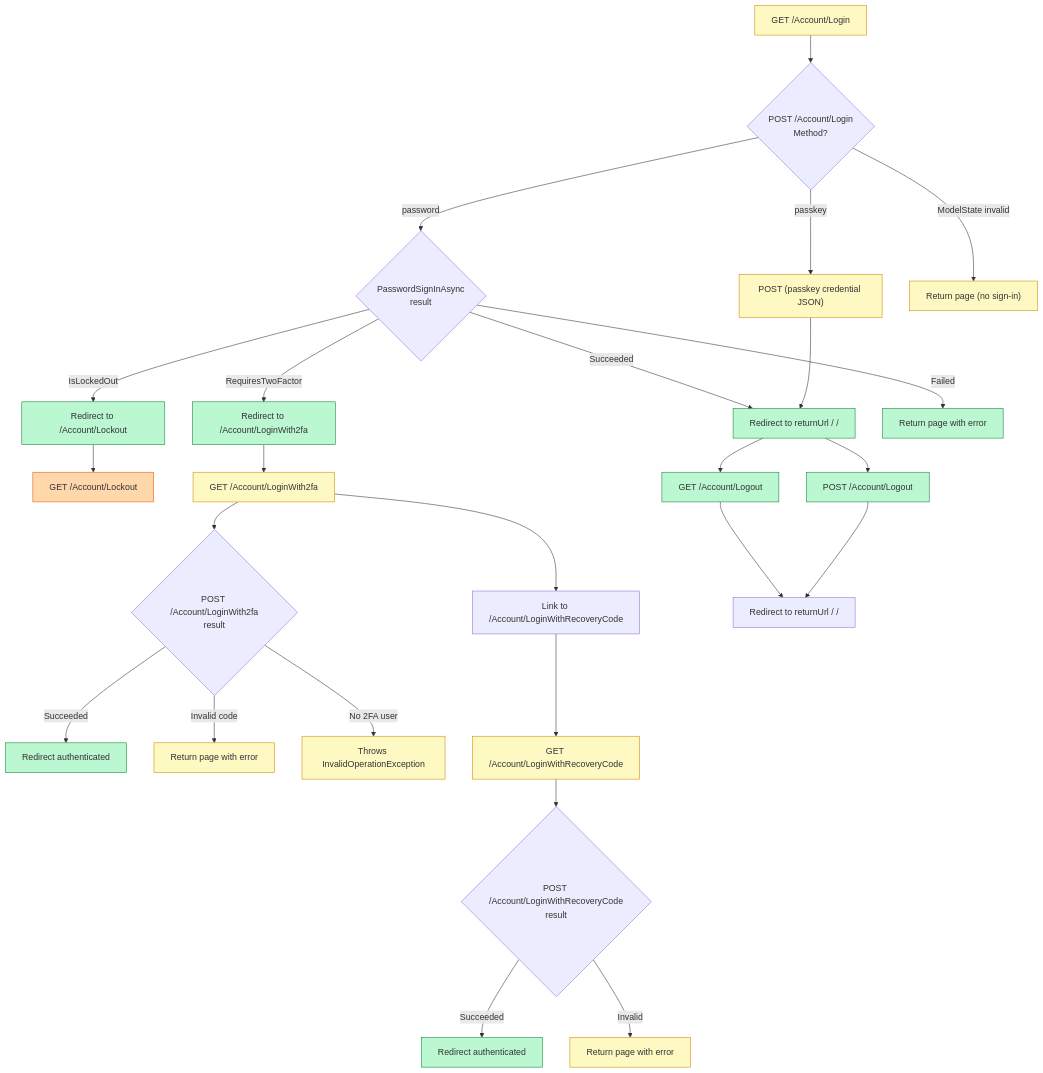
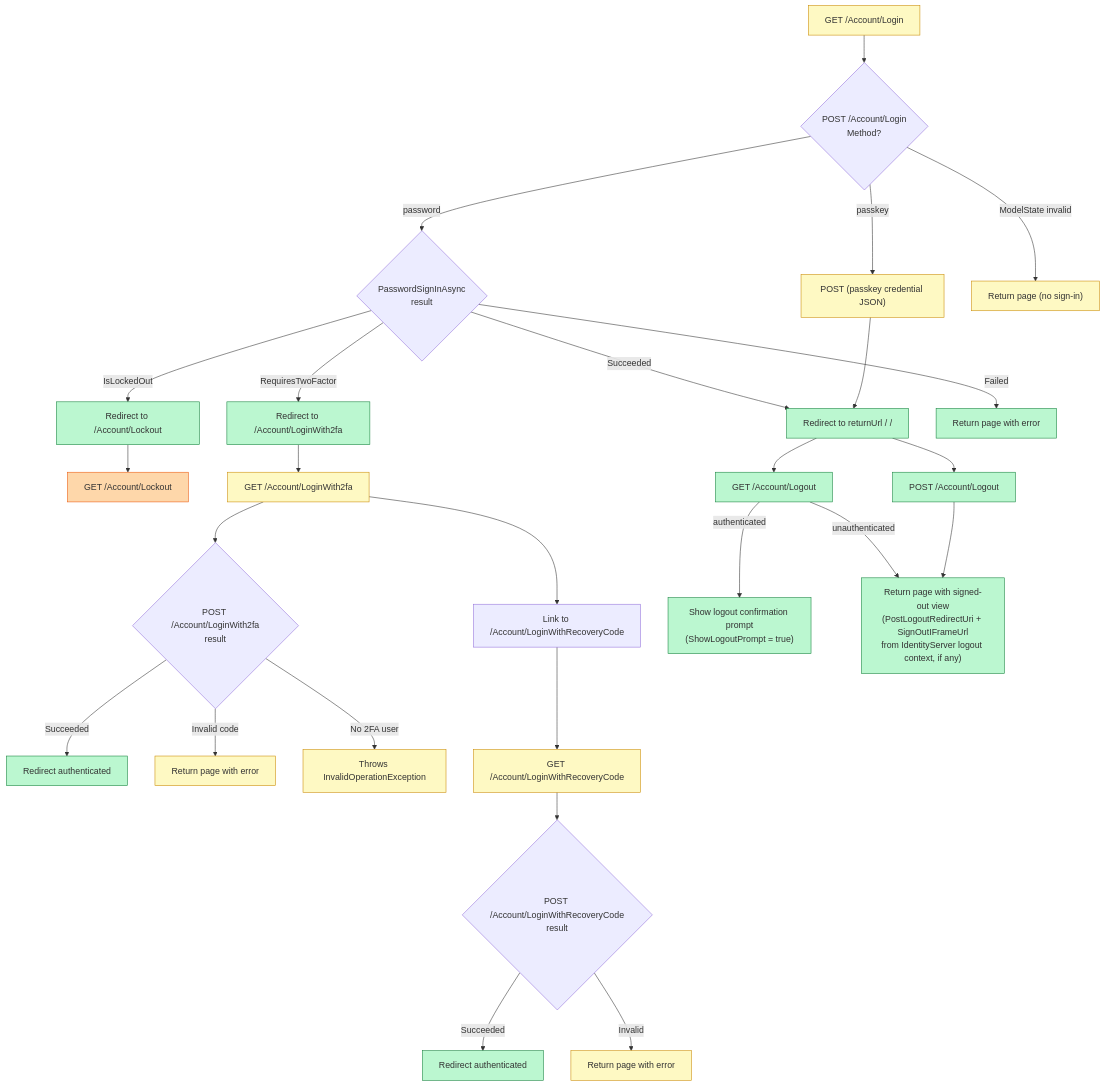
One commit to crgolden/Identity changed the third of 16 diagrams in TESTING.md. Above: the diagram before and after it, drawn with Mermaid. The commit also changed other lines of this file, not shown here.

````diff
--- a/TESTING.md
+++ b/TESTING.md
@@ -178,78 +178,81 @@
 ```mermaid
 flowchart TD
     classDef covered fill:#bbf7d0,stroke:#15803d
     classDef unitOnly fill:#fef9c3,stroke:#ca8a04
     classDef partial fill:#fed7aa,stroke:#ea580c
     classDef noTest fill:#fee2e2,stroke:#dc2626
 
     LoginGET["GET /Account/Login"]:::unitOnly
 
     LoginPOST{"POST /Account/Login\nMethod?"}
 
     PasswordPath{"PasswordSignInAsync\nresult"}
 
     PasskeyPath["POST (passkey credential JSON)"]:::unitOnly
 
     ModelInvalid["Return page (no sign-in)"]:::unitOnly
 
     SignInSuccess["Redirect to returnUrl / /"]:::covered
 
     Requires2FA["Redirect to /Account/LoginWith2fa"]:::covered
 
     LockedOut["Redirect to /Account/Lockout"]:::covered
 
     SignInFailed["Return page with error"]:::covered
 
     LockoutPage["GET /Account/Lockout"]:::partial
 
     LoginWith2faPage["GET /Account/LoginWith2fa"]:::unitOnly
 
     LoginWith2faPOST{"POST /Account/LoginWith2fa\nresult"}
 
     TwoFASuccess["Redirect authenticated"]:::covered
 
     TwoFAInvalid["Return page with error"]:::unitOnly
 
     TwoFANoUser["Throws InvalidOperationException"]:::unitOnly
 
     RecoveryLink["Link to /Account/LoginWithRecoveryCode"]
 
     RecoveryGET["GET /Account/LoginWithRecoveryCode"]:::unitOnly
 
     RecoveryPOST{"POST /Account/LoginWithRecoveryCode\nresult"}
 
     RecoverySuccess["Redirect authenticated"]:::covered
 
     RecoveryInvalid["Return page with error"]:::unitOnly
 
     LogoutGET["GET /Account/Logout"]:::covered
 
     LogoutPOST["POST /Account/Logout"]:::covered
 
-    SignedOut["Redirect to returnUrl / /"]
+    LogoutPrompt["Show logout confirmation prompt\n(ShowLogoutPrompt = true)"]:::covered
+
+    SignedOut["Return page with signed-out view\n(PostLogoutRedirectUri + SignOutIFrameUrl\nfrom IdentityServer logout context, if any)"]:::covered
 
     LoginGET --> LoginPOST
     LoginPOST -->|"password"| PasswordPath
     LoginPOST -->|"passkey"| PasskeyPath
     LoginPOST -->|"ModelState invalid"| ModelInvalid
     PasswordPath -->|"Succeeded"| SignInSuccess
     PasswordPath -->|"RequiresTwoFactor"| Requires2FA
     PasswordPath -->|"IsLockedOut"| LockedOut
     PasswordPath -->|"Failed"| SignInFailed
     PasskeyPath --> SignInSuccess
     LockedOut --> LockoutPage
     Requires2FA --> LoginWith2faPage
     LoginWith2faPage --> LoginWith2faPOST
     LoginWith2faPage --> RecoveryLink
     LoginWith2faPOST -->|"Succeeded"| TwoFASuccess
     LoginWith2faPOST -->|"Invalid code"| TwoFAInvalid
     LoginWith2faPOST -->|"No 2FA user"| TwoFANoUser
     RecoveryLink --> RecoveryGET
     RecoveryGET --> RecoveryPOST
     RecoveryPOST -->|"Succeeded"| RecoverySuccess
     RecoveryPOST -->|"Invalid"| RecoveryInvalid
     SignInSuccess --> LogoutGET
     SignInSuccess --> LogoutPOST
-    LogoutGET --> SignedOut
+    LogoutGET -->|"authenticated"| LogoutPrompt
+    LogoutGET -->|"unauthenticated"| SignedOut
     LogoutPOST --> SignedOut
 ```
````
